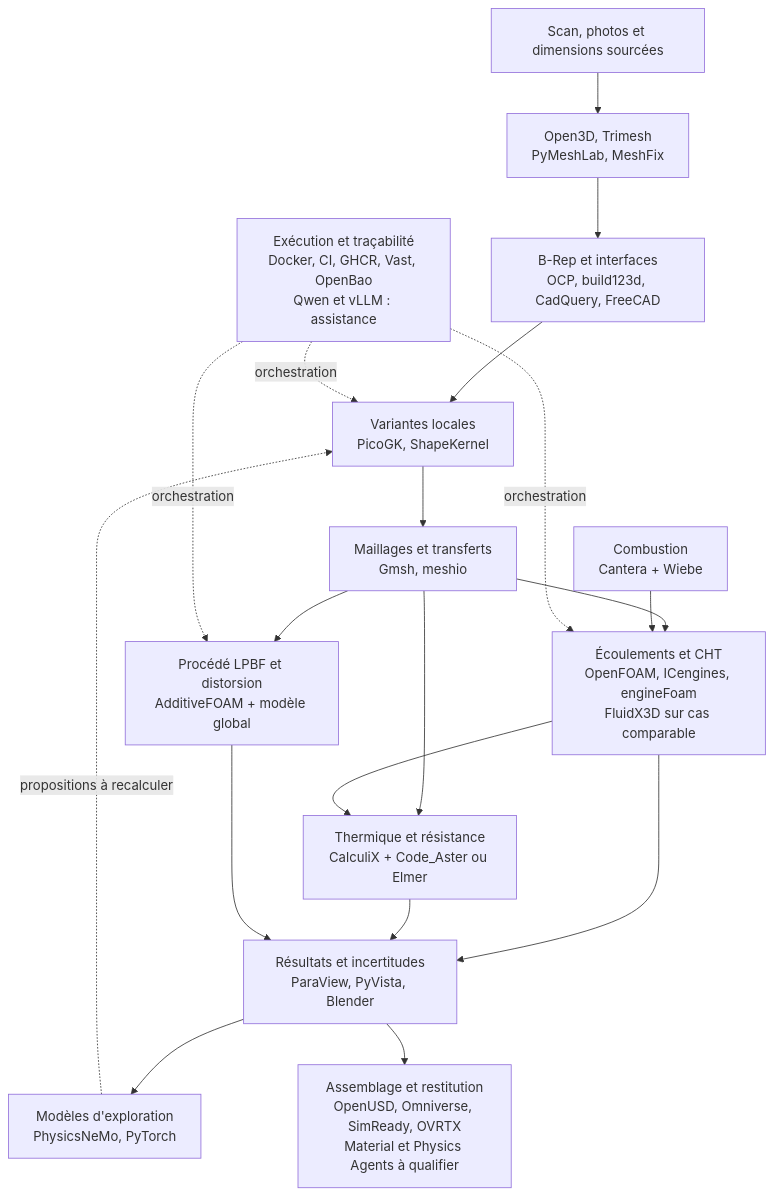
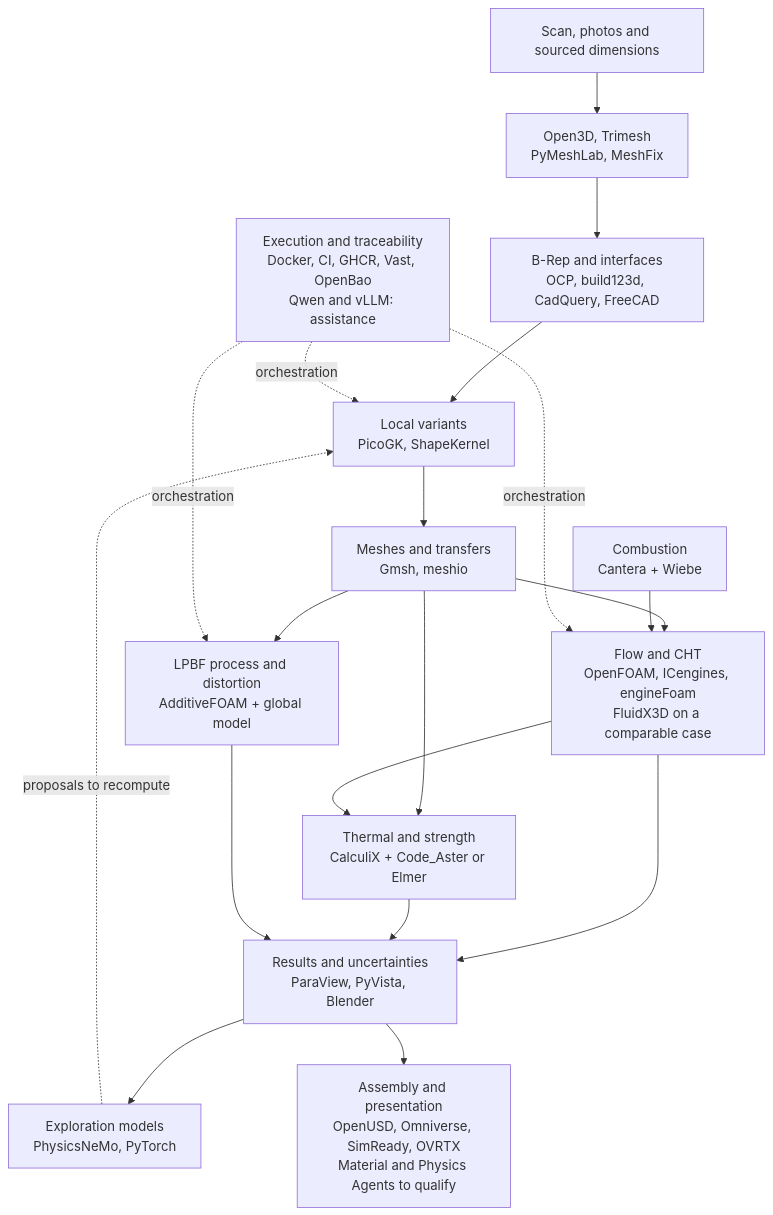
The second of 3 diagrams in docs/reports/M64_MULTIPHYSICS_EXECUTION.md (cluster2600/porscheparts), drawn with Mermaid before and after one commit. The commit also changed other lines of this file and 228 other files, not shown here.

````diff
--- a/docs/reports/M64_MULTIPHYSICS_EXECUTION.md
+++ b/docs/reports/M64_MULTIPHYSICS_EXECUTION.md
@@ -185,21 +194,21 @@
 ```mermaid
 graph TD
-    A["Scan, photos et dimensions sourcées"] --> B["Open3D, Trimesh<br/>PyMeshLab, MeshFix"]
-    B --> C["B-Rep et interfaces<br/>OCP, build123d, CadQuery, FreeCAD"]
-    C --> D["Variantes locales<br/>PicoGK, ShapeKernel"]
-    D --> E["Maillages et transferts<br/>Gmsh, meshio"]
-    E --> F["Écoulements et CHT<br/>OpenFOAM, ICengines, engineFoam<br/>FluidX3D sur cas comparable"]
-    E --> G["Thermique et résistance<br/>CalculiX + Code_Aster ou Elmer"]
-    E --> H["Procédé LPBF et distorsion<br/>AdditiveFOAM + modèle global"]
+    A["Scan, photos and sourced dimensions"] --> B["Open3D, Trimesh<br/>PyMeshLab, MeshFix"]
+    B --> C["B-Rep and interfaces<br/>OCP, build123d, CadQuery, FreeCAD"]
+    C --> D["Local variants<br/>PicoGK, ShapeKernel"]
+    D --> E["Meshes and transfers<br/>Gmsh, meshio"]
+    E --> F["Flow and CHT<br/>OpenFOAM, ICengines, engineFoam<br/>FluidX3D on a comparable case"]
+    E --> G["Thermal and strength<br/>CalculiX + Code_Aster or Elmer"]
+    E --> H["LPBF process and distortion<br/>AdditiveFOAM + global model"]
     I["Combustion<br/>Cantera + Wiebe"] --> F
     F --> G
-    F --> J["Résultats et incertitudes<br/>ParaView, PyVista, Blender"]
+    F --> J["Results and uncertainties<br/>ParaView, PyVista, Blender"]
     G --> J
     H --> J
-    J --> K["Modèles d'exploration<br/>PhysicsNeMo, PyTorch"]
-    K -. "propositions à recalculer" .-> D
-    J --> L["Assemblage et restitution<br/>OpenUSD, Omniverse, SimReady, OVRTX<br/>Material et Physics Agents à qualifier"]
-    M["Exécution et traçabilité<br/>Docker, CI, GHCR, Vast, OpenBao<br/>Qwen et vLLM : assistance"] -. "orchestration" .-> D
+    J --> K["Exploration models<br/>PhysicsNeMo, PyTorch"]
+    K -. "proposals to recompute" .-> D
+    J --> L["Assembly and presentation<br/>OpenUSD, Omniverse, SimReady, OVRTX<br/>Material and Physics Agents to qualify"]
+    M["Execution and traceability<br/>Docker, CI, GHCR, Vast, OpenBao<br/>Qwen and vLLM: assistance"] -. "orchestration" .-> D
     M -. "orchestration" .-> F
     M -. "orchestration" .-> H
 ```
````
